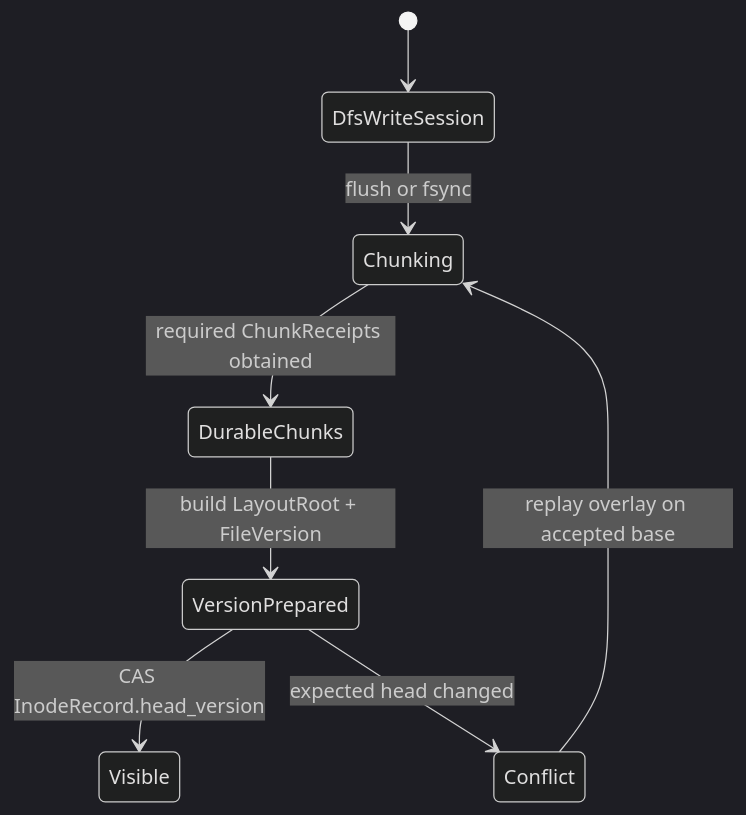
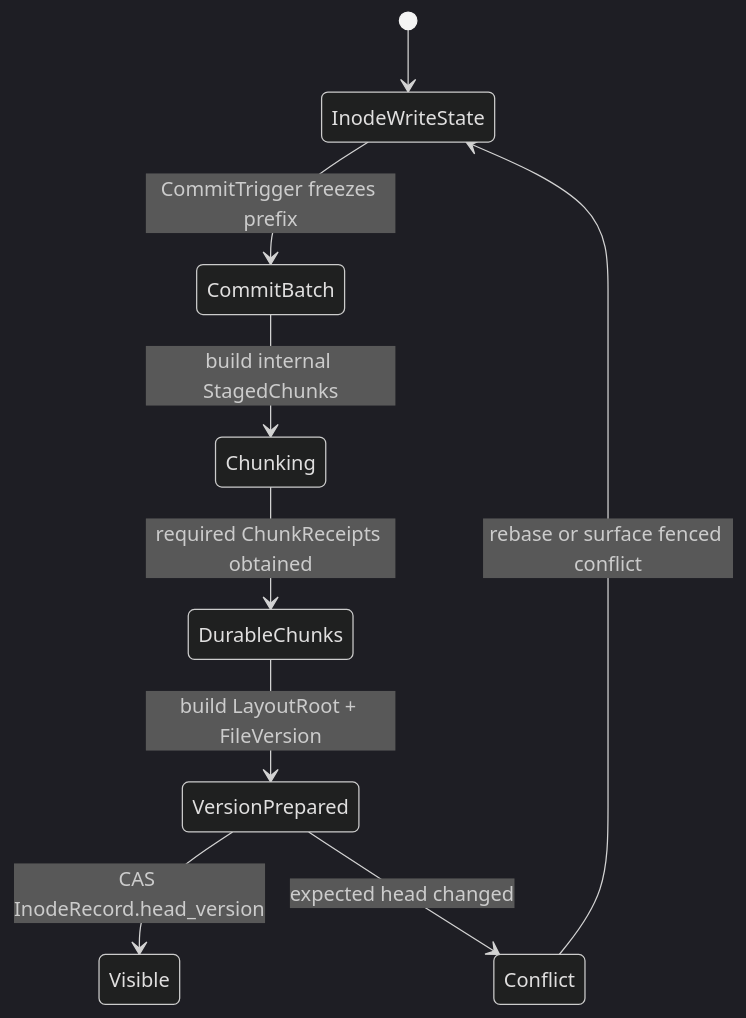
The second of 2 diagrams in docs/rfcs/0002-file-version-chunk-model.md (lelezi257/dms), drawn with Mermaid (dark theme) before and after one commit. The commit also changed other lines of this file and 15 other files, not shown here.

````diff
--- a/docs/rfcs/0002-file-version-chunk-model.md
+++ b/docs/rfcs/0002-file-version-chunk-model.md
@@ -159,10 +159,11 @@
 ```mermaid
 stateDiagram-v2
-    [*] --> DfsWriteSession
-    DfsWriteSession --> Chunking: flush or fsync
+    [*] --> InodeWriteState
+    InodeWriteState --> CommitBatch: CommitTrigger freezes prefix
+    CommitBatch --> Chunking: build internal StagedChunks
     Chunking --> DurableChunks: required ChunkReceipts obtained
     DurableChunks --> VersionPrepared: build LayoutRoot + FileVersion
     VersionPrepared --> Visible: CAS InodeRecord.head_version
     VersionPrepared --> Conflict: expected head changed
-    Conflict --> Chunking: replay overlay on accepted base
+    Conflict --> InodeWriteState: rebase or surface fenced conflict
 ```
````
